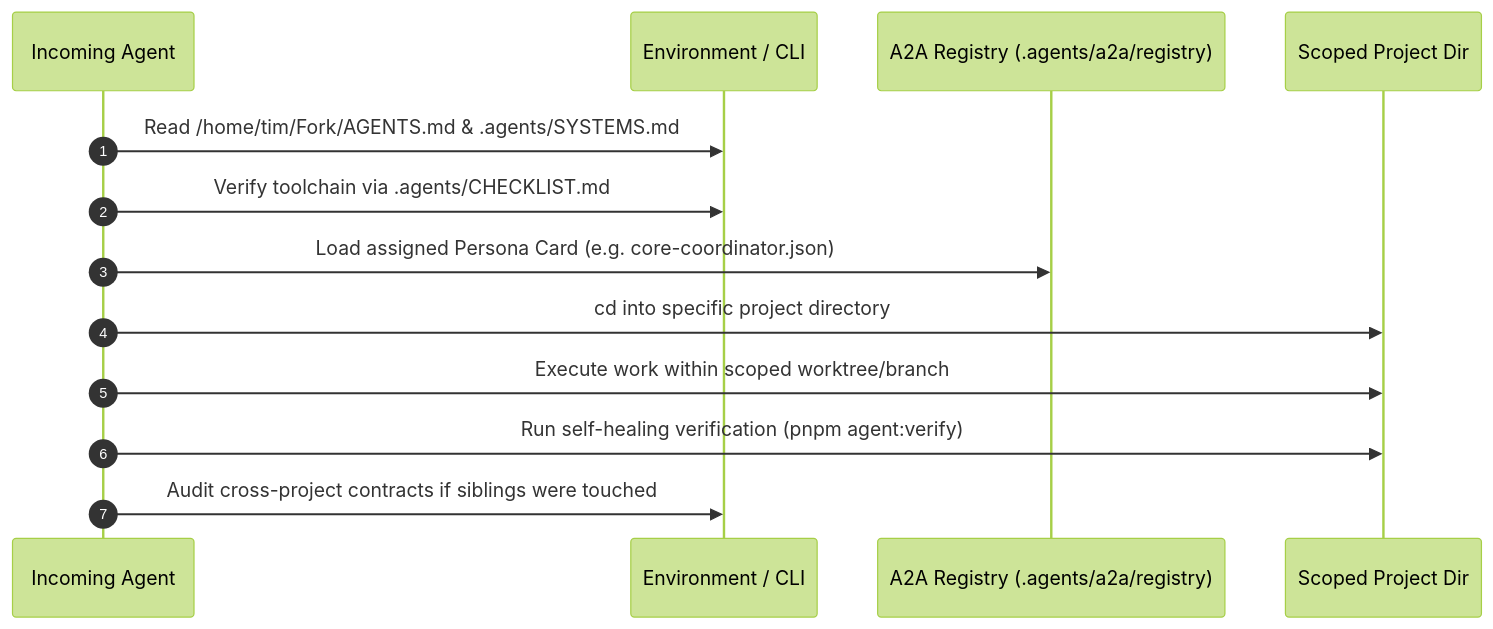
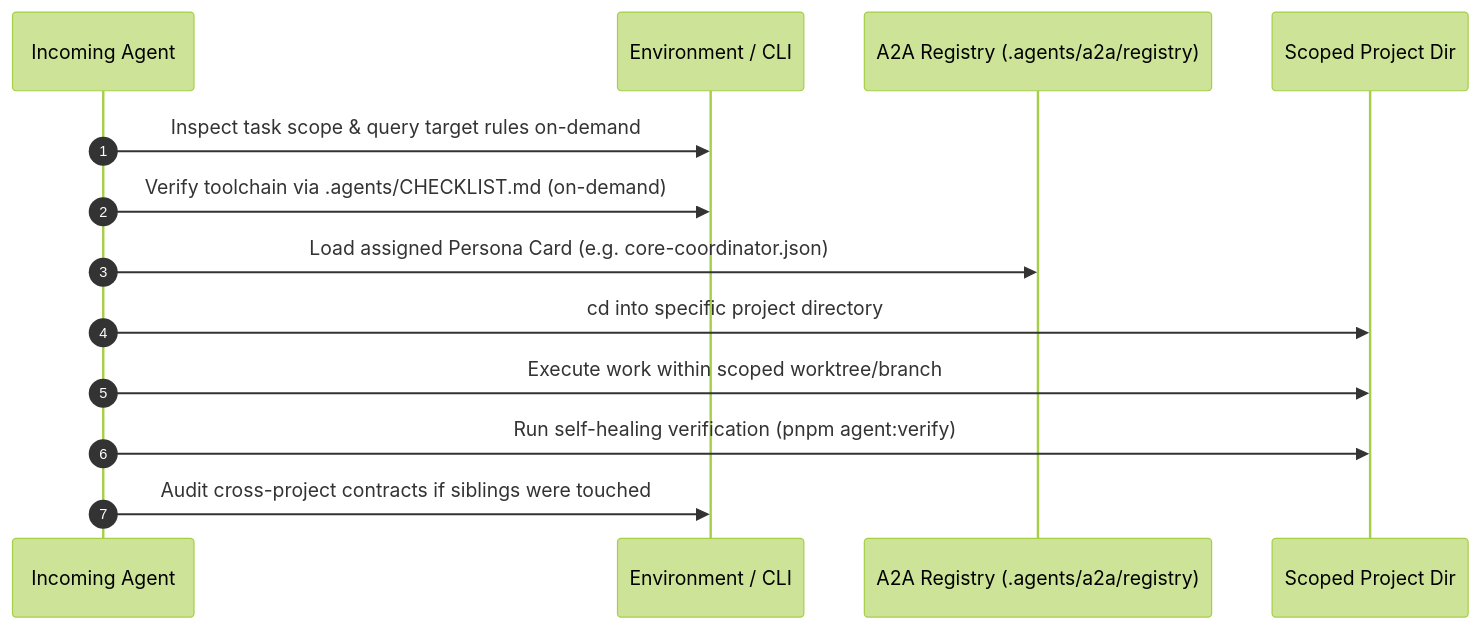
The diagram in .agents/ONBOARDING.md (Timothy191/Arch-System), drawn with Mermaid (forest theme) before and after one commit. The commit also changed other lines of this file and 5 other files, not shown here.

````diff
--- a/.agents/ONBOARDING.md
+++ b/.agents/ONBOARDING.md
@@ -42,16 +46,16 @@
 ```mermaid
 sequenceDiagram
     autonumber
     participant Agent as Incoming Agent
     participant Env as Environment / CLI
     participant Registry as A2A Registry (.agents/a2a/registry)
     participant Project as Scoped Project Dir
 
-    Agent->>Env: Read /home/tim/Fork/AGENTS.md & .agents/SYSTEMS.md
-    Agent->>Env: Verify toolchain via .agents/CHECKLIST.md
+    Agent->>Env: Inspect task scope & query target rules on-demand
+    Agent->>Env: Verify toolchain via .agents/CHECKLIST.md (on-demand)
     Agent->>Registry: Load assigned Persona Card (e.g. core-coordinator.json)
     Agent->>Project: cd into specific project directory
     Agent->>Project: Execute work within scoped worktree/branch
     Agent->>Project: Run self-healing verification (pnpm agent:verify)
     Agent->>Env: Audit cross-project contracts if siblings were touched
 ```
````
